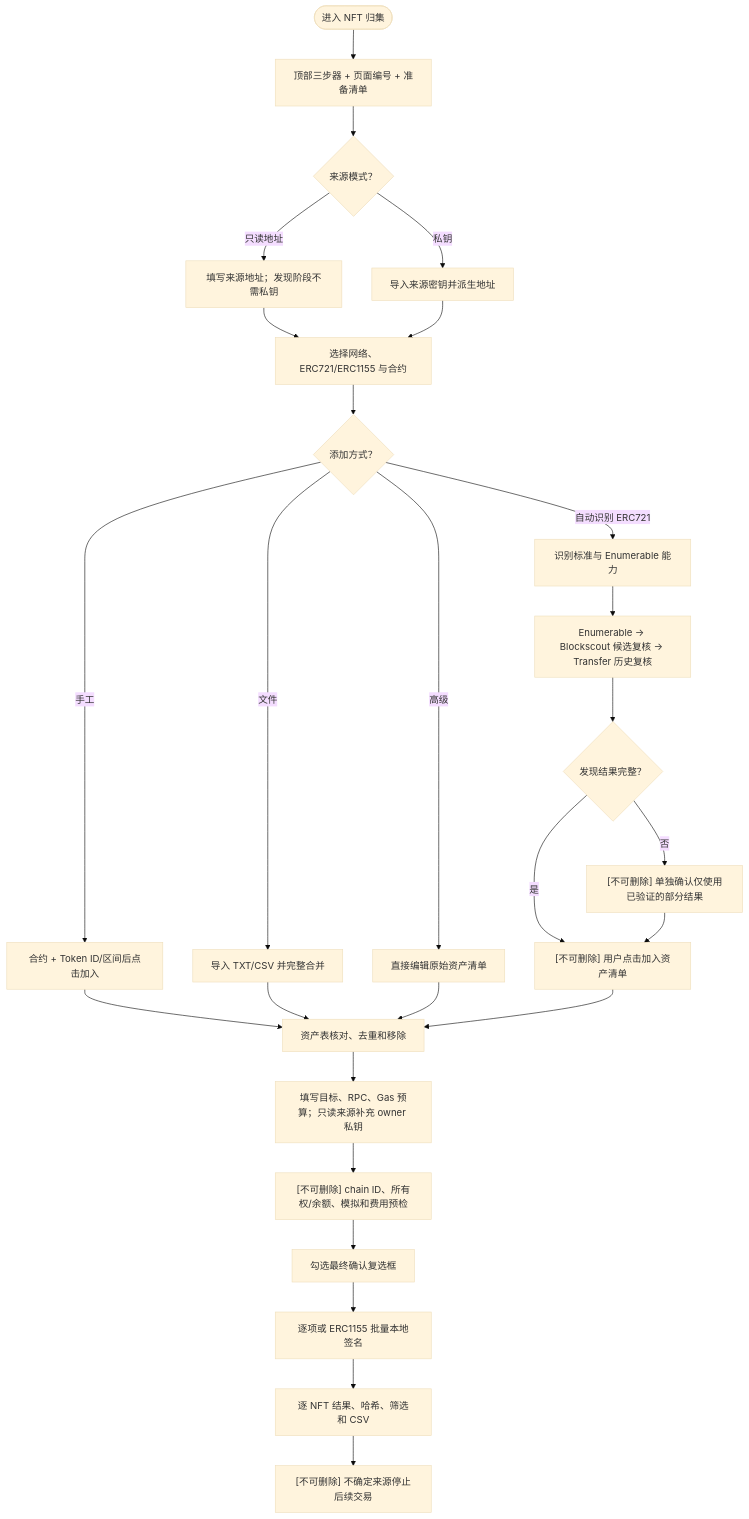
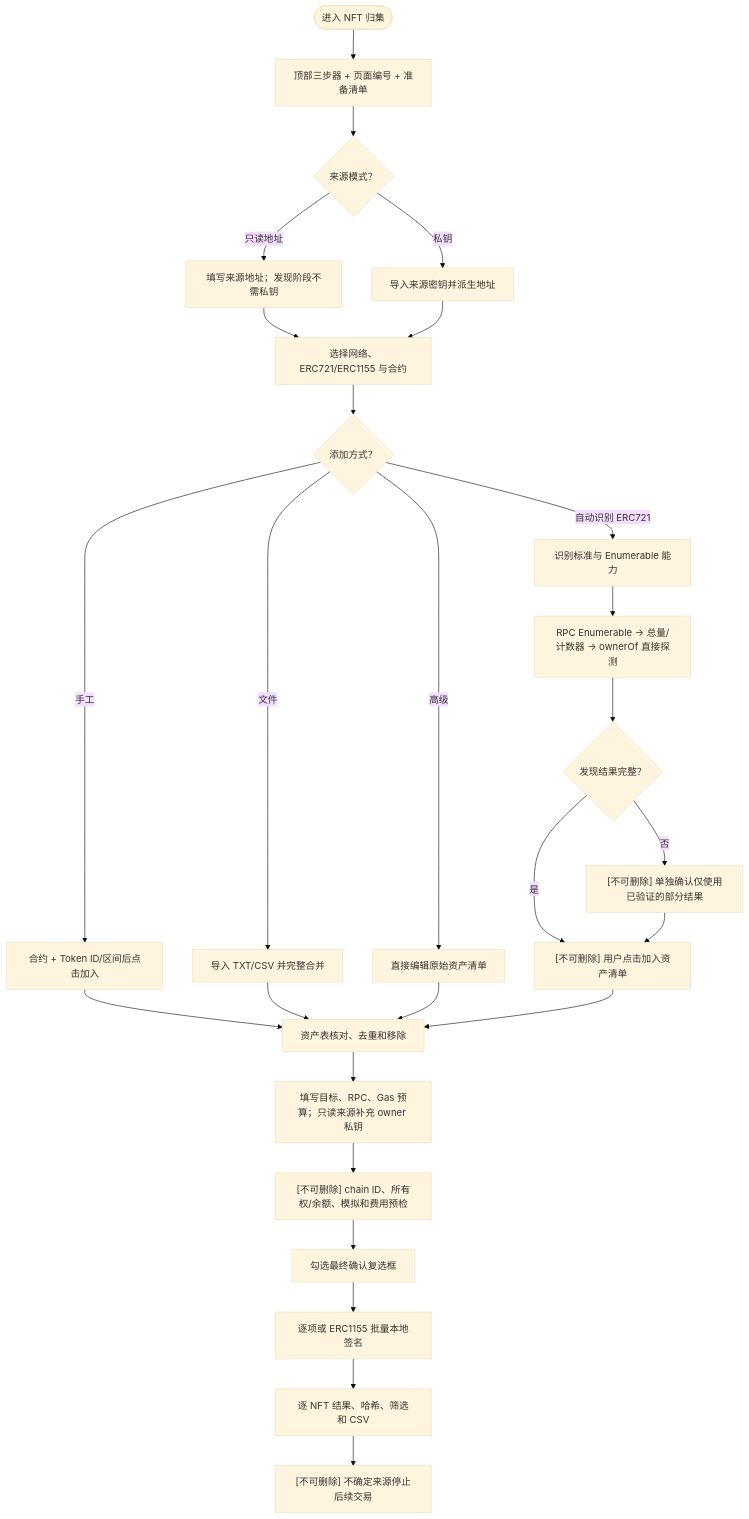
One commit to ioiv/batch_send changed the seventh of 12 diagrams in docs/feature-flows.md. Above: the diagram before and after it, drawn with Mermaid (base theme). The commit also changed other lines of this file and 29 other files, not shown here.

Commit message:
feat: streamline NFT discovery and transaction rounds

````diff
--- a/docs/feature-flows.md
+++ b/docs/feature-flows.md
@@ -305,29 +305,29 @@
 ```mermaid
 flowchart TD
   nft_c_start(["进入 NFT 归集"]) --> nft_c_steps["顶部三步器 + 页面编号 + 准备清单"]
   nft_c_steps --> nft_c_source{"来源模式？"}
   nft_c_source -->|只读地址| nft_c_readonly["填写来源地址；发现阶段不需私钥"]
   nft_c_source -->|私钥| nft_c_keys["导入来源密钥并派生地址"]
   nft_c_readonly --> nft_c_context["选择网络、ERC721/ERC1155 与合约"]
   nft_c_keys --> nft_c_context
   nft_c_context --> nft_c_method{"添加方式？"}
   nft_c_method -->|自动识别 ERC721| nft_c_inspect["识别标准与 Enumerable 能力"]
-  nft_c_inspect --> nft_c_discovery["Enumerable → Blockscout 候选复核 → Transfer 历史复核"]
+  nft_c_inspect --> nft_c_discovery["RPC Enumerable → 总量/计数器 → ownerOf 直接探测"]
   nft_c_discovery --> nft_c_complete{"发现结果完整？"}
   nft_c_complete -->|否| nft_c_partial["[不可删除] 单独确认仅使用已验证的部分结果"]
   nft_c_complete -->|是| nft_c_add["[不可删除] 用户点击加入资产清单"]
   nft_c_partial --> nft_c_add
   nft_c_method -->|手工| nft_c_manual["合约 + Token ID/区间后点击加入"]
   nft_c_method -->|文件| nft_c_file["导入 TXT/CSV 并完整合并"]
   nft_c_method -->|高级| nft_c_raw["直接编辑原始资产清单"]
   nft_c_manual --> nft_c_inventory["资产表核对、去重和移除"]
   nft_c_file --> nft_c_inventory
   nft_c_raw --> nft_c_inventory
   nft_c_add --> nft_c_inventory
   nft_c_inventory --> nft_c_target["填写目标、RPC、Gas 预算；只读来源补充 owner 私钥"]
   nft_c_target --> nft_c_preflight["[不可删除] chain ID、所有权/余额、模拟和费用预检"]
   nft_c_preflight --> nft_c_checkbox["勾选最终确认复选框"]
   nft_c_checkbox --> nft_c_execute["逐项或 ERC1155 批量本地签名"]
   nft_c_execute --> nft_c_results["逐 NFT 结果、哈希、筛选和 CSV"]
   nft_c_results --> nft_c_lock["[不可删除] 不确定来源停止后续交易"]
 ```
````
